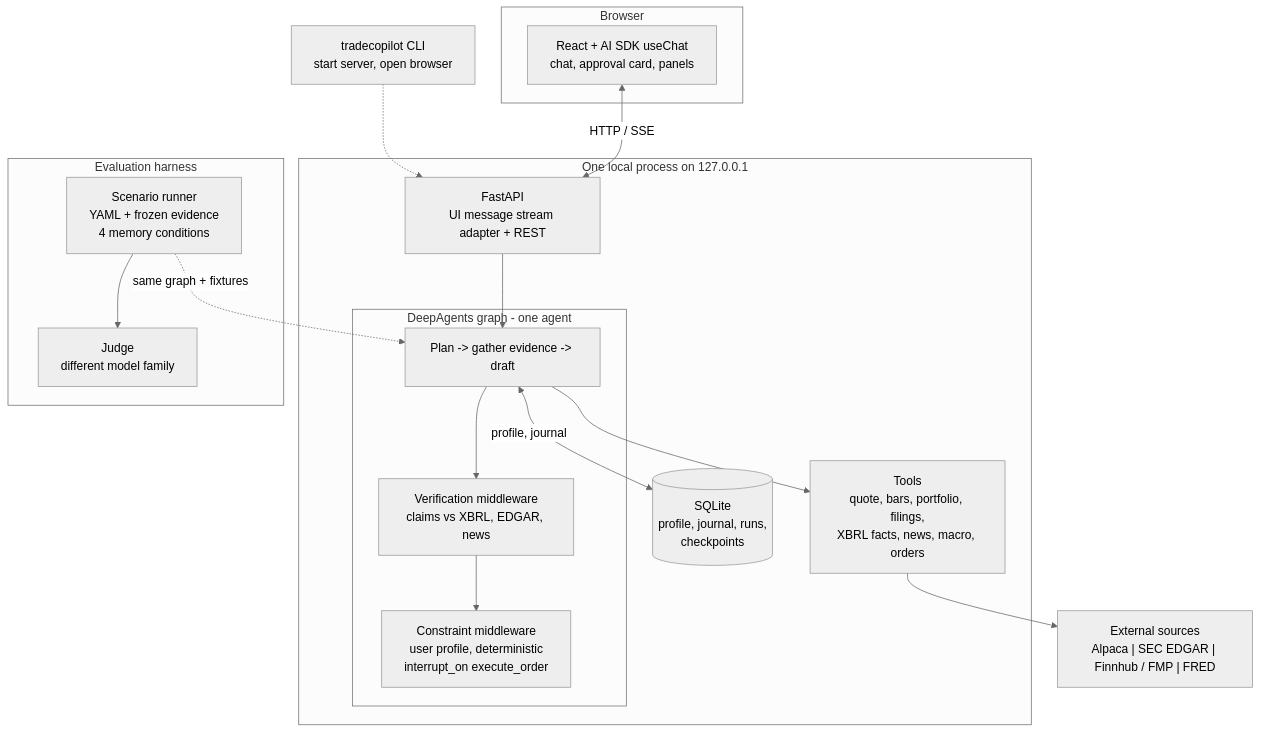
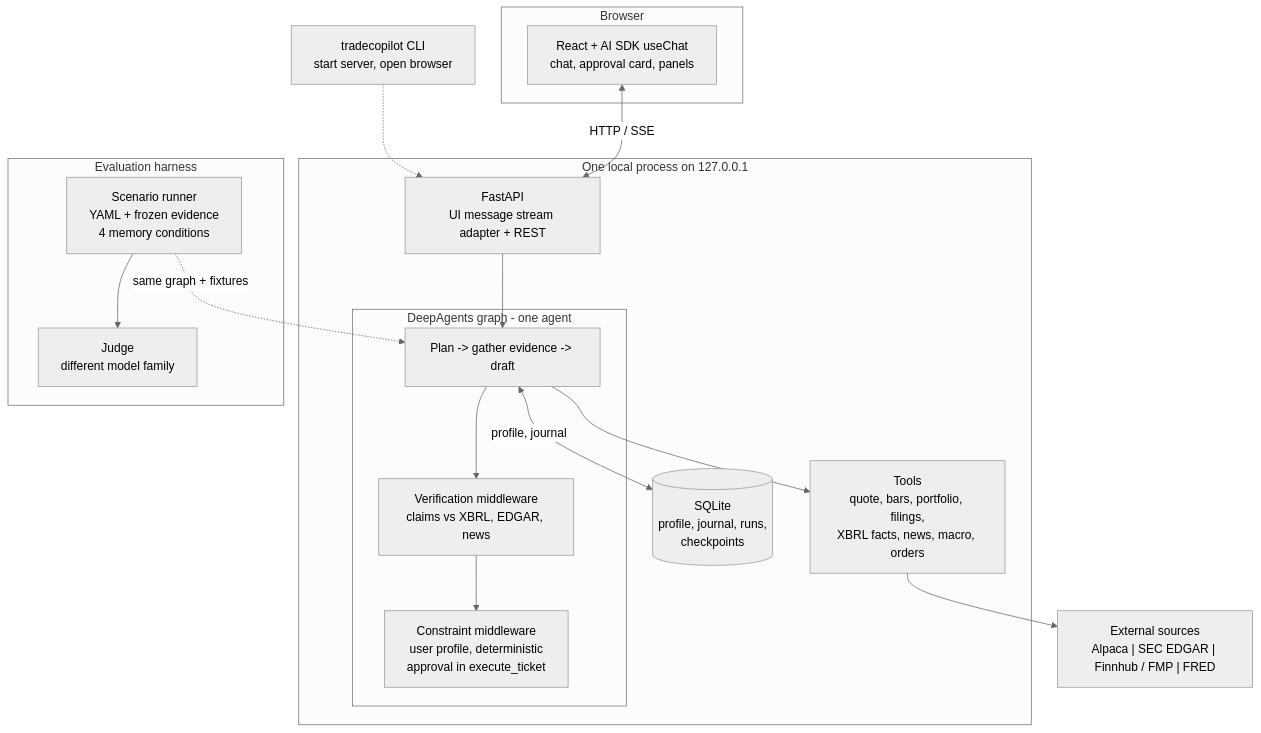
Before and after one commit to llmgp74/tradecopilot: the diagram in docs/design-of-system.md, drawn with Mermaid (neutral theme). The commit also changed other lines of this file and 5 other files, not shown here.

````diff
--- a/docs/design-of-system.md
+++ b/docs/design-of-system.md
@@ -9,37 +9,37 @@
 ```mermaid
 flowchart TB
   CLI["tradecopilot CLI<br/>start server, open browser"]
 
   subgraph WEB["Browser"]
     UI["React + AI SDK useChat<br/>chat, approval card, panels"]
   end
 
   subgraph PROC["One local process on 127.0.0.1"]
     API["FastAPI<br/>UI message stream adapter + REST"]
     subgraph AGENT["DeepAgents graph - one agent"]
       LOOP["Plan -> gather evidence -> draft"]
       VER["Verification middleware<br/>claims vs XBRL, EDGAR, news"]
-      CON["Constraint middleware<br/>user profile, deterministic<br/>interrupt_on execute_order"]
+      CON["Constraint middleware<br/>user profile, deterministic<br/>approval in execute_ticket"]
       LOOP --> VER --> CON
     end
     TOOLS["Tools<br/>quote, bars, portfolio, filings,<br/>XBRL facts, news, macro, orders"]
     DB[("SQLite<br/>profile, journal, runs,<br/>checkpoints")]
   end
 
   CLI -.-> API
   UI <-->|HTTP / SSE| API
   API --> LOOP
   LOOP --> TOOLS
   LOOP <-->|profile, journal| DB
 
   EXT["External sources<br/>Alpaca | SEC EDGAR | Finnhub / FMP | FRED"]
   TOOLS --> EXT
 
   subgraph EVAL["Evaluation harness"]
     SCEN["Scenario runner<br/>YAML + frozen evidence<br/>4 memory conditions"]
     JUDGE["Judge<br/>different model family"]
     SCEN --> JUDGE
   end
 
   SCEN -.->|same graph + fixtures| LOOP
 ```
````
